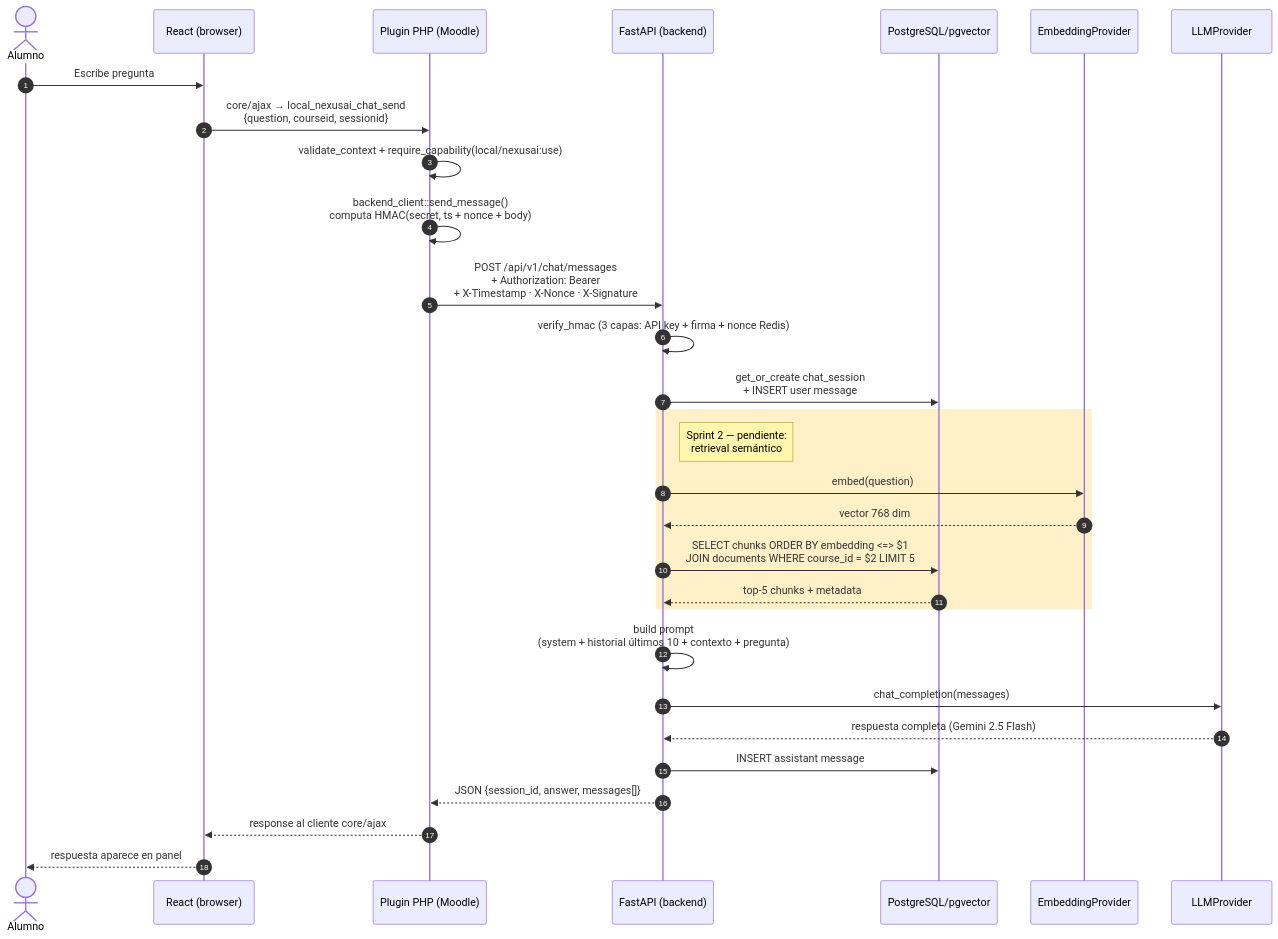
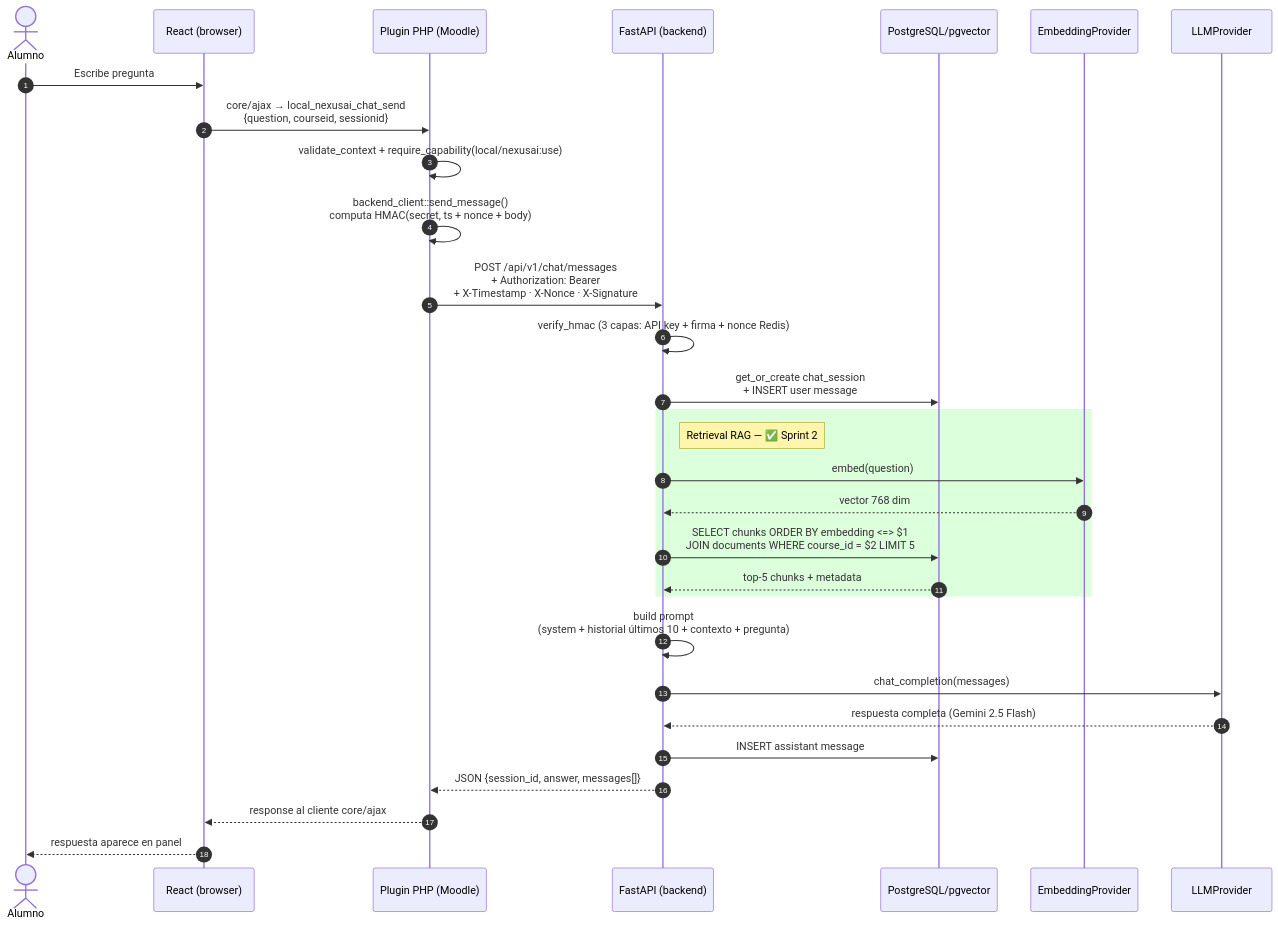
Before and after one commit to nexusai-ucc/nexusAI: the second of 6 diagrams in NexusAI/docs/architecture.md, drawn with Mermaid. The commit also changed other lines of this file and 10 other files, not shown here.

````diff
--- a/NexusAI/docs/architecture.md
+++ b/NexusAI/docs/architecture.md
@@ -94,33 +94,33 @@
 ```mermaid
 sequenceDiagram
     autonumber
     actor A as Alumno
     participant R as React (browser)
     participant P as Plugin PHP (Moodle)
     participant F as FastAPI (backend)
     participant PG as PostgreSQL/pgvector
     participant E as EmbeddingProvider
     participant L as LLMProvider
 
     A->>R: Escribe pregunta
     R->>P: core/ajax → local_nexusai_chat_send<br/>{question, courseid, sessionid}
     P->>P: validate_context + require_capability(local/nexusai:use)
     P->>P: backend_client::send_message()<br/>computa HMAC(secret, ts + nonce + body)
     P->>F: POST /api/v1/chat/messages<br/>+ Authorization: Bearer<br/>+ X-Timestamp · X-Nonce · X-Signature
     F->>F: verify_hmac (3 capas: API key + firma + nonce Redis)
     F->>PG: get_or_create chat_session<br/>+ INSERT user message
-    rect rgb(255, 240, 200)
-    Note right of F: Sprint 2 — pendiente:<br/>retrieval semántico
+    rect rgb(220, 255, 220)
+    Note right of F: Retrieval RAG — ✅ Sprint 2
     F->>E: embed(question)
     E-->>F: vector 768 dim
     F->>PG: SELECT chunks ORDER BY embedding <=> $1<br/>JOIN documents WHERE course_id = $2 LIMIT 5
     PG-->>F: top-5 chunks + metadata
     end
     F->>F: build prompt<br/>(system + historial últimos 10 + contexto + pregunta)
     F->>L: chat_completion(messages)
     L-->>F: respuesta completa (Gemini 2.5 Flash)
     F->>PG: INSERT assistant message
     F-->>P: JSON {session_id, answer, messages[]}
     P-->>R: response al cliente core/ajax
     R-->>A: respuesta aparece en panel
 ```
````
